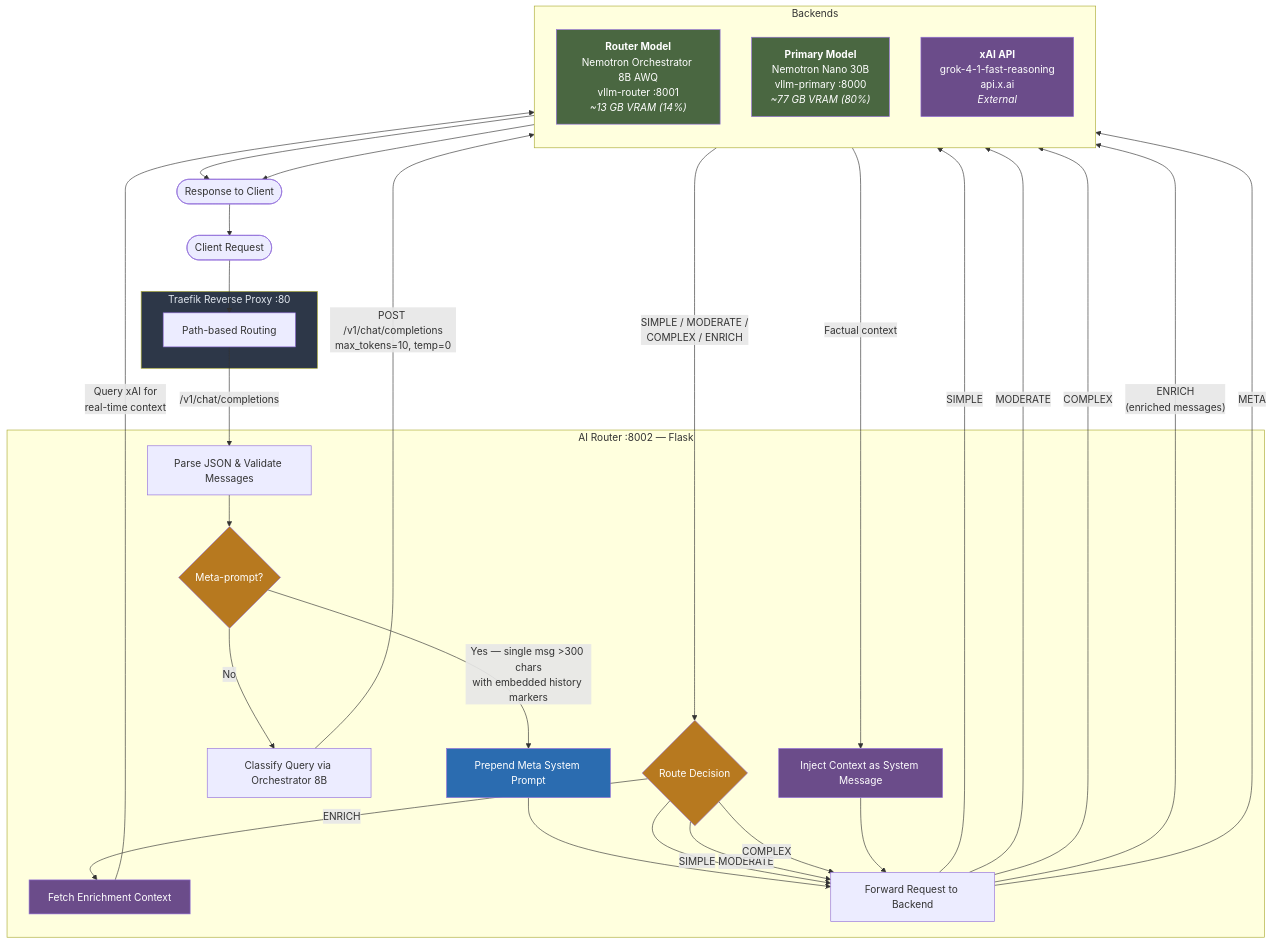
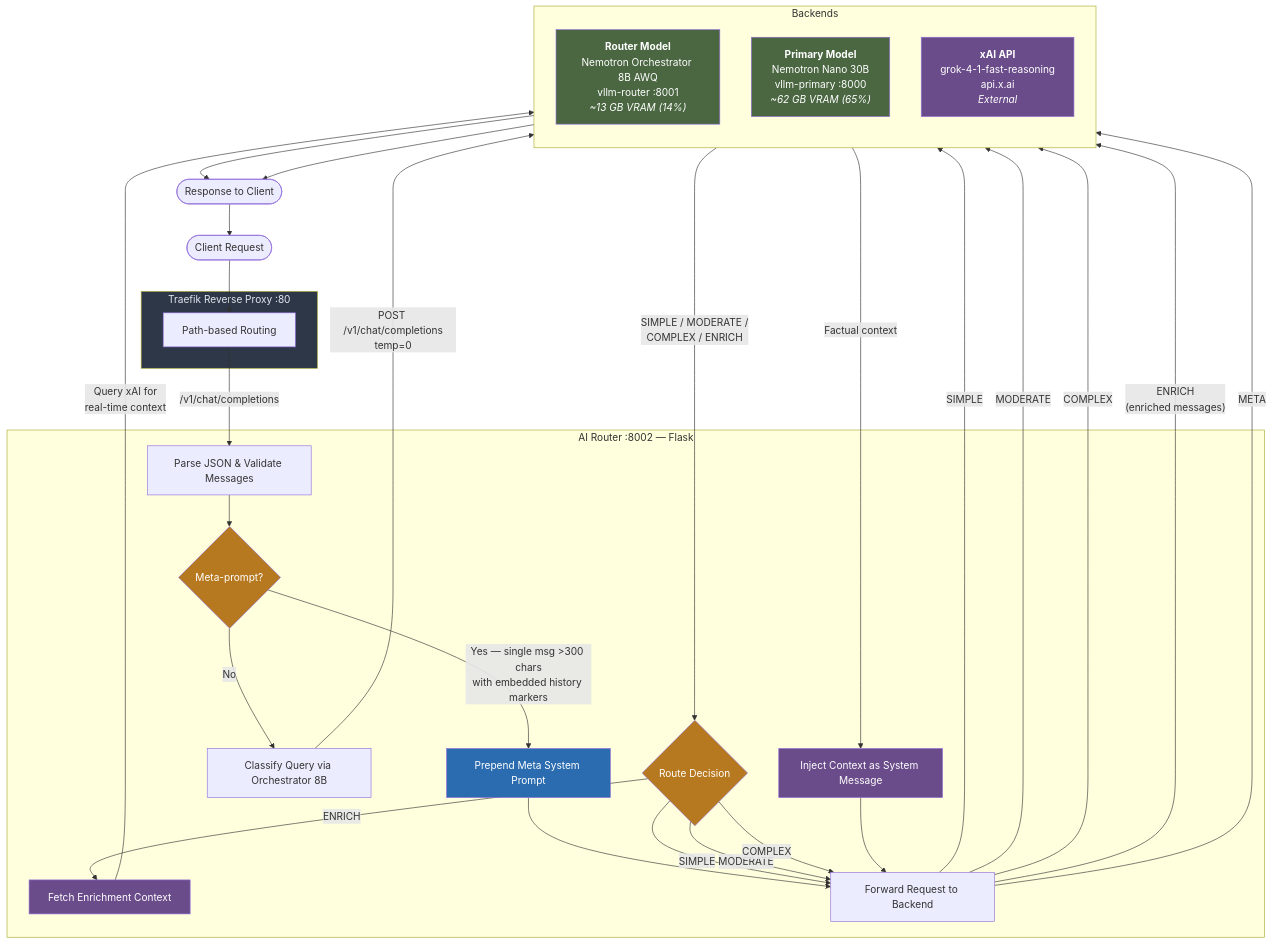
The first of 4 diagrams in docs/architecture.md (nominalgeek/ai-router), drawn with Mermaid before and after one commit. The commit also changed 9 other files, not shown here.

````diff
--- a/docs/architecture.md
+++ b/docs/architecture.md
@@ -9,66 +9,66 @@
 ```mermaid
 flowchart TD
     Client([Client Request])
 
     subgraph Traefik["Traefik Reverse Proxy :80"]
         LB[Path-based Routing]
     end
 
     subgraph Router Service["AI Router :8002 — Flask"]
         Parse[Parse JSON & Validate Messages]
         MetaCheck{Meta-prompt?}
         MetaInject[Prepend Meta System Prompt]
         Classify[Classify Query via Orchestrator 8B]
         Decision{Route Decision}
         Enrich[Fetch Enrichment Context]
         Inject[Inject Context as System Message]
         Forward[Forward Request to Backend]
     end
 
     subgraph Backends
         direction TB
         Mini["<b>Router Model</b><br/>Nemotron Orchestrator 8B AWQ<br/>vllm-router :8001<br/><i>~13 GB VRAM (14%)</i>"]
-        Primary["<b>Primary Model</b><br/>Nemotron Nano 30B<br/>vllm-primary :8000<br/><i>~77 GB VRAM (80%)</i>"]
+        Primary["<b>Primary Model</b><br/>Nemotron Nano 30B<br/>vllm-primary :8000<br/><i>~62 GB VRAM (65%)</i>"]
         XAI["<b>xAI API</b><br/>grok-4-1-fast-reasoning<br/>api.x.ai<br/><i>External</i>"]
     end
 
     Response([Response to Client])
 
     Client --> LB
     LB -->|"/v1/chat/completions"| Parse
     Parse --> MetaCheck
     MetaCheck -->|"Yes — single msg >300 chars<br/>with embedded history markers"| MetaInject
     MetaCheck -->|"No"| Classify
     MetaInject --> Forward
-    Classify -->|"POST /v1/chat/completions<br/>max_tokens=10, temp=0"| Mini
+    Classify -->|"POST /v1/chat/completions<br/>temp=0"| Mini
     Mini -->|"SIMPLE / MODERATE /<br/>COMPLEX / ENRICH"| Decision
 
     Decision -->|"SIMPLE"| Forward
     Decision -->|"MODERATE"| Forward
     Decision -->|"COMPLEX"| Forward
     Decision -->|"ENRICH"| Enrich
 
     Enrich -->|"Query xAI for<br/>real-time context"| XAI
     XAI -->|"Factual context"| Inject
     Inject --> Forward
 
     Forward -->|"SIMPLE"| Primary
     Forward -->|"MODERATE"| Primary
     Forward -->|"COMPLEX"| XAI
     Forward -->|"ENRICH<br/>(enriched messages)"| Primary
     Forward -->|"META"| Primary
 
     Primary --> Response
     XAI --> Response
     Response --> Client
 
     style Traefik fill:#2d3748,color:#e2e8f0
     style Mini fill:#4a6741,color:#fff
     style Primary fill:#4a6741,color:#fff
     style XAI fill:#6b4c8a,color:#fff
     style Decision fill:#b7791f,color:#fff
     style MetaCheck fill:#b7791f,color:#fff
     style MetaInject fill:#2b6cb0,color:#fff
     style Enrich fill:#6b4c8a,color:#fff
     style Inject fill:#6b4c8a,color:#fff
 ```
````
